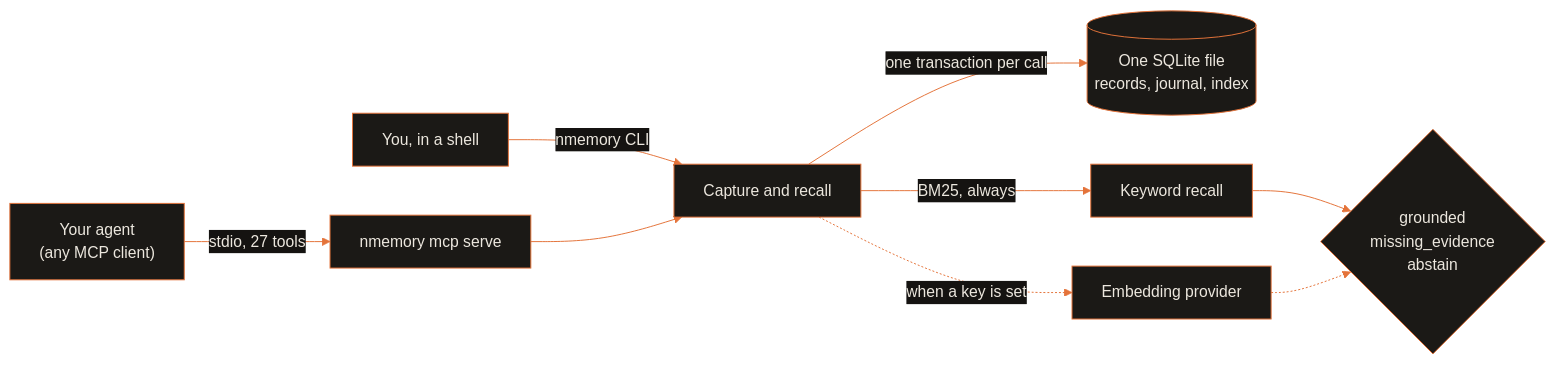
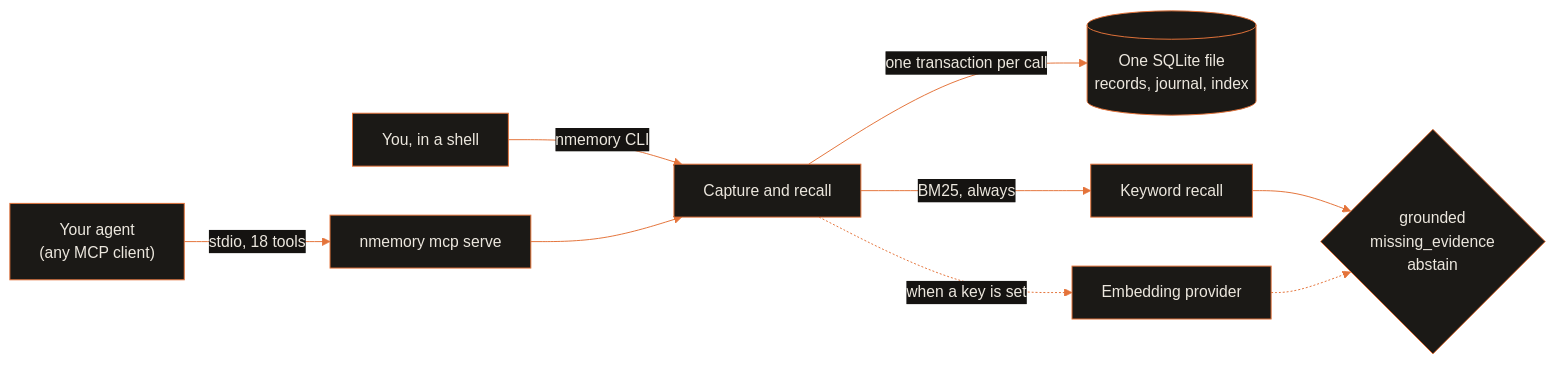
One commit to menot-you/n-memory changed the diagram in README.md. Above: the diagram before and after it, drawn with Mermaid. The commit also changed other lines of this file and 400 other files, not shown here.

````diff
--- a/README.md
+++ b/README.md
@@ -38,12 +38,12 @@
 ```mermaid
 %%{init: {"theme": "base", "themeVariables": {"primaryColor": "#1B1916", "primaryTextColor": "#ECE7DE", "primaryBorderColor": "#E4733A", "lineColor": "#E4733A", "secondaryColor": "#151311", "tertiaryColor": "#0F0E0D", "fontFamily": "IBM Plex Mono, monospace"}}}%%
 flowchart LR
-  agent["Your agent<br/>(any MCP client)"] -->|"stdio, 27 tools"| server["nmemory mcp serve"]
+  agent["Your agent<br/>(any MCP client)"] -->|"stdio, 18 tools"| server["nmemory mcp serve"]
   shell["You, in a shell"] -->|"nmemory CLI"| core
   server --> core["Capture and recall"]
   core -->|"one transaction per call"| store[("One SQLite file<br/>records, journal, index")]
   core -->|"BM25, always"| lexical["Keyword recall"]
   core -.->|"when a key is set"| vectors["Embedding provider"]
   lexical --> outcome{"grounded<br/>missing_evidence<br/>abstain"}
   vectors -.-> outcome
 ```
````
